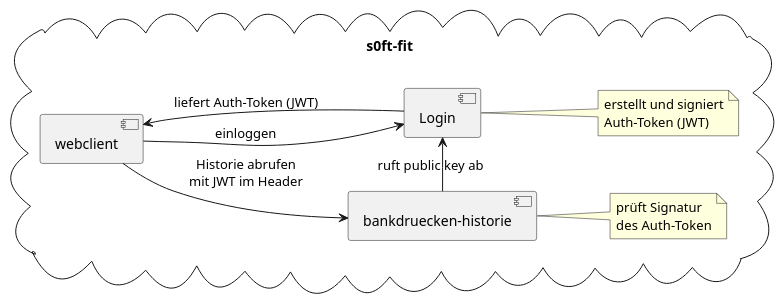
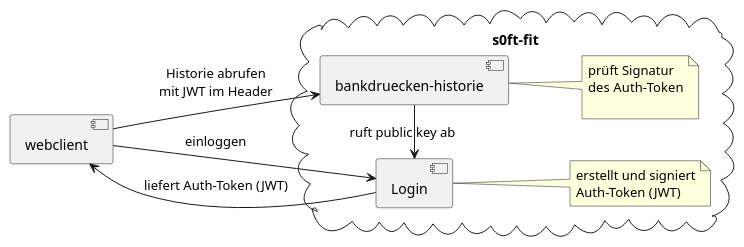
One commit to gaerfield/2021-08-oauth2-talk changed the sixth of 6 diagrams in 2_JWT.md. Above: the diagram before and after it, drawn with PlantUML. The commit also changed other lines of this file and 3 other files, not shown here.

````diff
--- a/2_JWT.md
+++ b/2_JWT.md
@@ -126,26 +151,28 @@
 ```puml
 left to right direction
+
+component webclient
 
 cloud "s0ft-fit" {
   component Login
   note right of [Login]
     erstellt und signiert
     Auth-Token (JWT)
   end note
   component "bankdruecken-historie" as his
   note right of [his]
     prüft Signatur
     des Auth-Token
+
   end note
-  component webclient
 
   webclient --> Login: einloggen
   webclient --> his : Historie abrufen\nmit JWT im Header
   webclient <-- Login : liefert Auth-Token (JWT)
 
   his -> Login : ruft public key ab
 }
 
 
 
 ```
````
